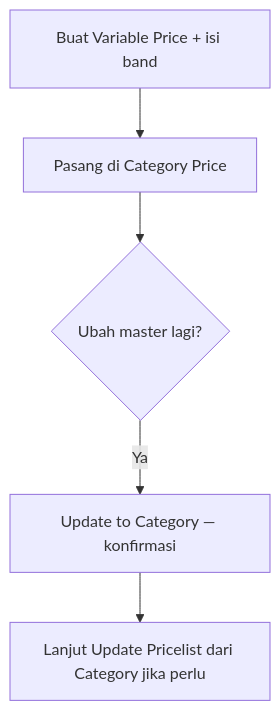
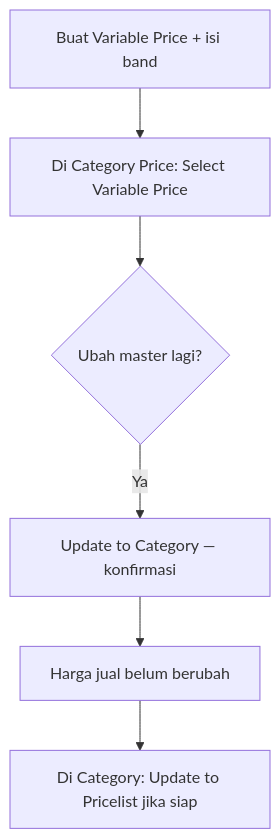
The diagram in qa-docs/businessdevelopment-variable-price/knowledge-base.md (yendyr/olshoperp-docs), drawn with Mermaid before and after one commit. The commit also changed other lines of this file and 17 other files, not shown here.

First line of the commit message:
docs(bd): sync Variable Price multi-tier stack to review (ETM-16312/13/14)

````diff
--- a/qa-docs/businessdevelopment-variable-price/knowledge-base.md
+++ b/qa-docs/businessdevelopment-variable-price/knowledge-base.md
@@ -20,7 +25,8 @@
 ```mermaid
 flowchart TD
-    A[Buat Variable Price + isi band] --> B[Pasang di Category Price]
+    A[Buat Variable Price + isi band] --> B[Di Category Price: Select Variable Price]
     B --> C{Ubah master lagi?}
     C -->|Ya| D[Update to Category — konfirmasi]
-    D --> E[Lanjut Update Pricelist dari Category jika perlu]
+    D --> E[Harga jual belum berubah]
+    E --> F[Di Category: Update to Pricelist jika siap]
 ```
````
